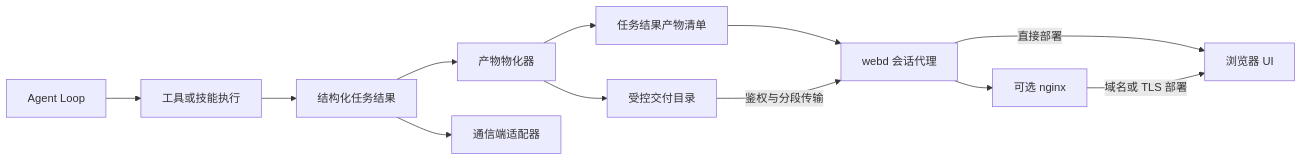
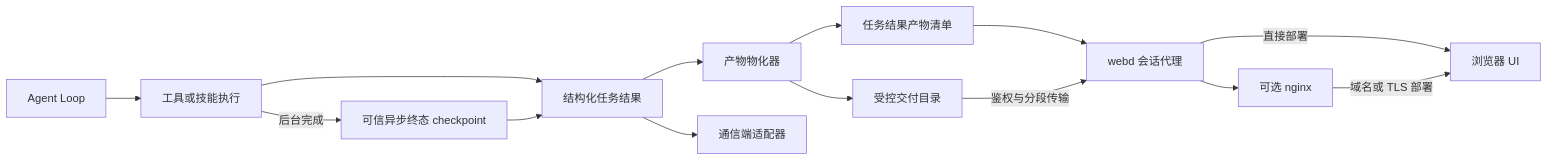
Before and after one commit to MatrixCoreX/RustClaw: the diagram in docs/architecture/11-task-artifact-delivery.zh-CN.md, drawn with Mermaid. The commit also changed other lines of this file and 29 other files, not shown here.

````diff
--- a/docs/architecture/11-task-artifact-delivery.zh-CN.md
+++ b/docs/architecture/11-task-artifact-delivery.zh-CN.md
@@ -17,22 +17,24 @@
 ```mermaid
 flowchart LR
     A[Agent Loop]
     X[工具或技能执行]
+    P[可信异步终态 checkpoint]
     R[结构化任务结果]
     M[产物物化器]
     D[受控交付目录]
     J[任务结果产物清单]
     C[通信端适配器]
     W[webd 会话代理]
     N[可选 nginx]
     U[浏览器 UI]
 
     A --> X --> R
+    X -->|后台完成| P --> R
     R --> M --> D
     M --> J
     R --> C
     J --> W
     D -->|鉴权与分段传输| W
     W -->|直接部署| U
     W --> N -->|域名或 TLS 部署| U
 ```
````
